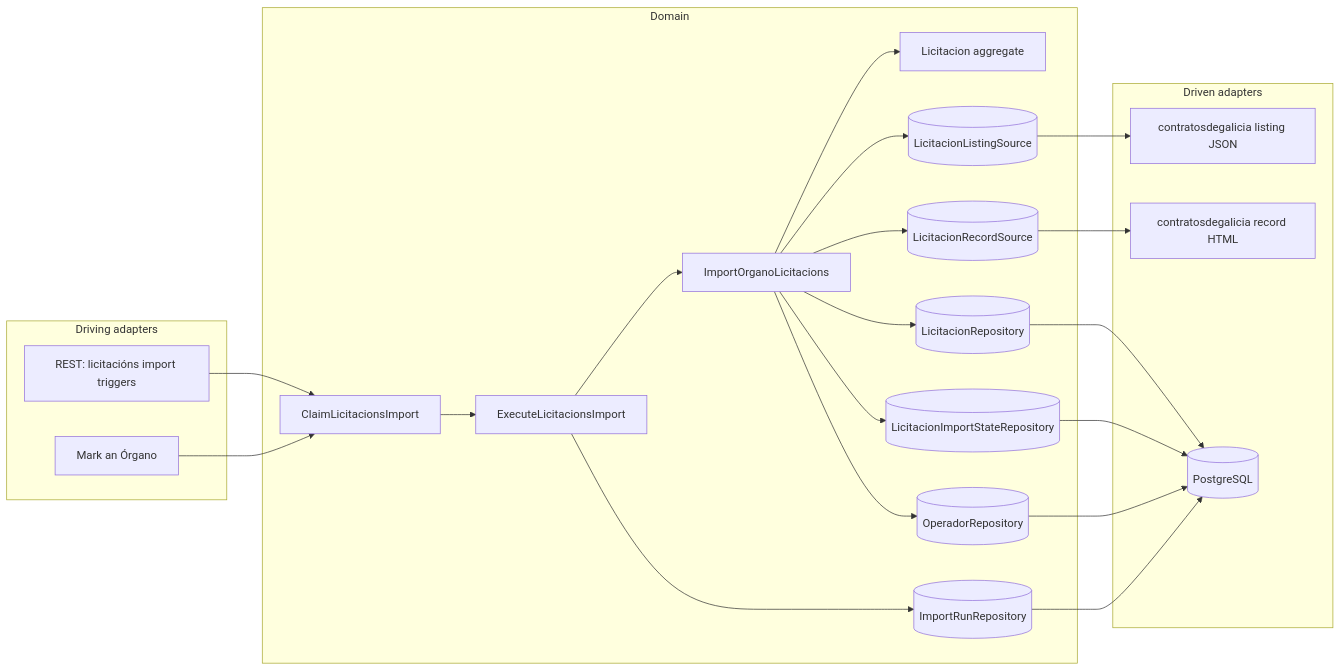
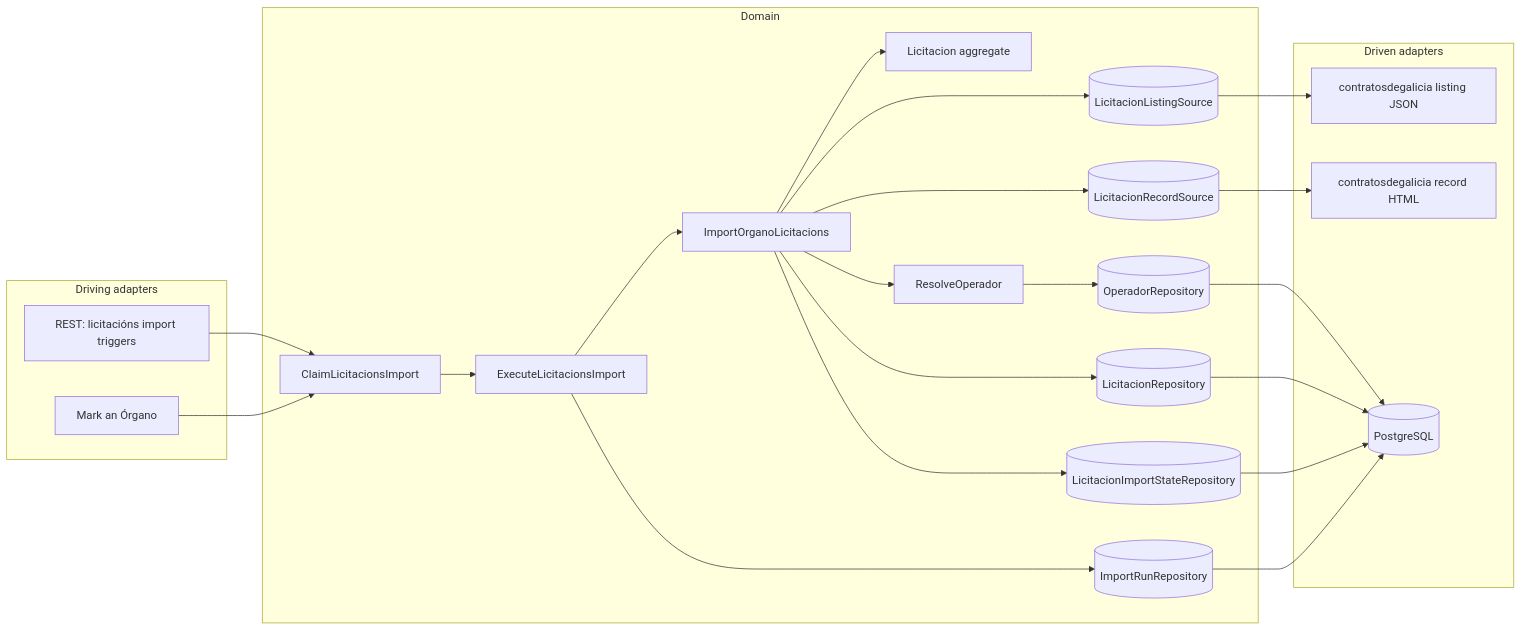
One commit to earelin/conxugal changed the first of 3 diagrams in docs/features/FEAT-0015-licitacions-initial-import/README.md. Above: the diagram before and after it, drawn with Mermaid. The commit also changed other lines of this file and 1 other file, not shown here.

````diff
--- a/docs/features/FEAT-0015-licitacions-initial-import/README.md
+++ b/docs/features/FEAT-0015-licitacions-initial-import/README.md
@@ -165,34 +214,35 @@
 ```mermaid
 flowchart LR
   subgraph driving [Driving adapters]
     REST[REST: licitacións import triggers]
     MARK[Mark an Órgano]
   end
   subgraph domain [Domain]
     CLAIM[ClaimLicitacionsImport]
     EXEC[ExecuteLicitacionsImport]
     ONE[ImportOrganoLicitacions]
     AGG[Licitacion aggregate]
+    RES[ResolveOperador]
     LP[(LicitacionListingSource)]
     RP[(LicitacionRecordSource)]
     REPO[(LicitacionRepository)]
     STATE[(LicitacionImportStateRepository)]
     RUNS[(ImportRunRepository)]
     OPS[(OperadorRepository)]
   end
   subgraph driven [Driven adapters]
     LIST[contratosdegalicia listing JSON]
     REC[contratosdegalicia record HTML]
     PG[(PostgreSQL)]
   end
   REST --> CLAIM
   MARK --> CLAIM
   CLAIM --> EXEC --> ONE
   ONE --> LP --> LIST
   ONE --> RP --> REC
   ONE --> AGG
+  ONE --> RES --> OPS --> PG
   ONE --> REPO --> PG
   ONE --> STATE --> PG
-  ONE --> OPS --> PG
   EXEC --> RUNS --> PG
 ```
````
